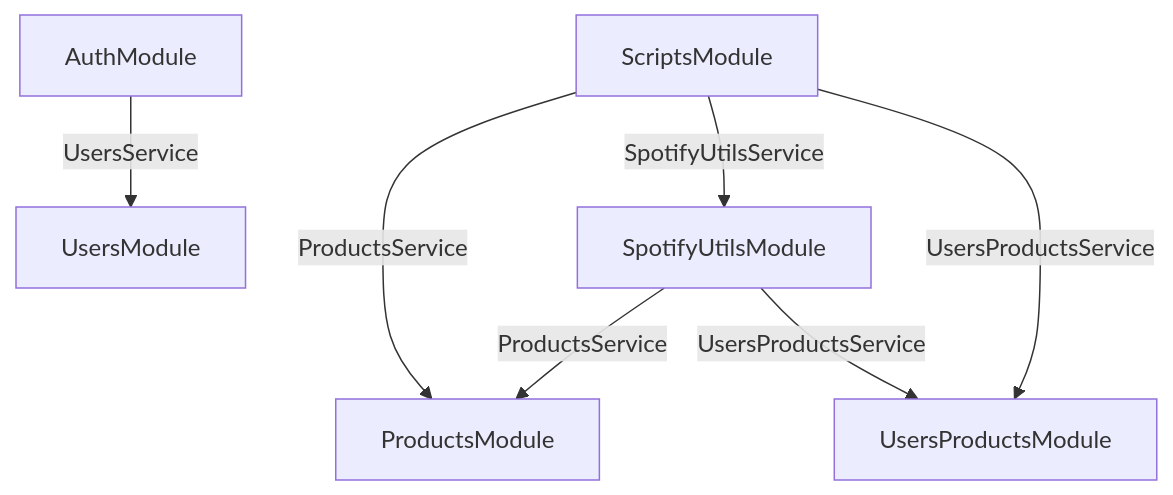
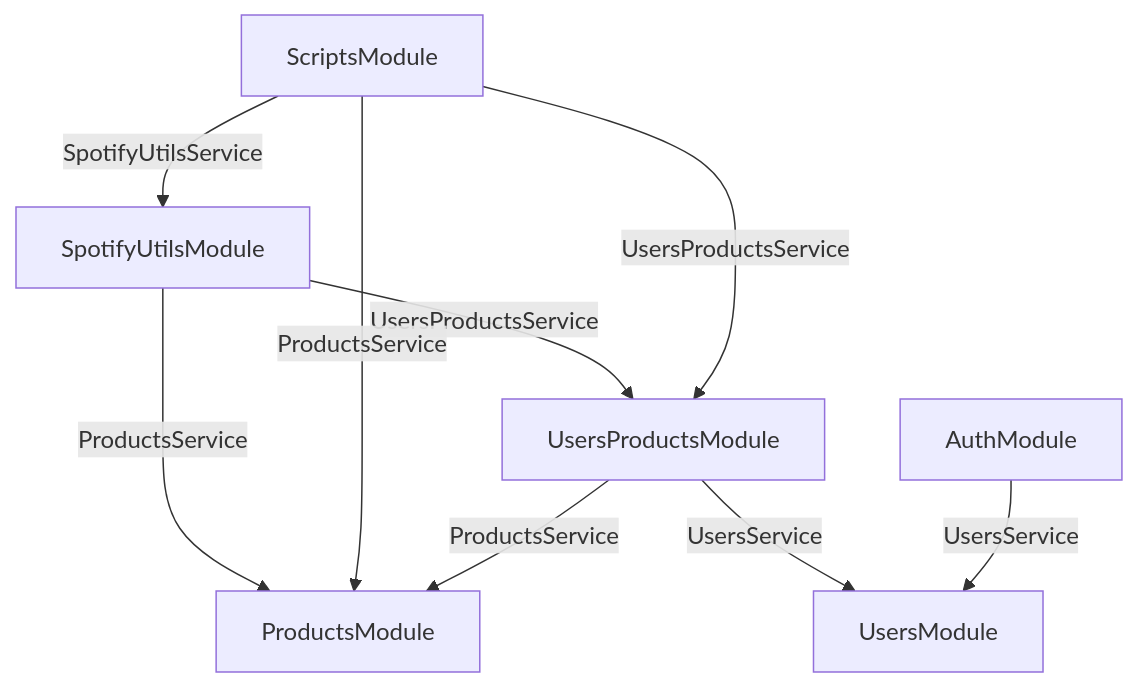
The diagram in README.md (felixmielcarek/fomos), drawn with Mermaid before and after one commit.

Commit message:
Update architecture diagram

````diff
--- a/README.md
+++ b/README.md
@@ -7,18 +7,21 @@
 ```mermaid
 flowchart TD
     E -->|ProductsService| B
     E -->|UsersProductsService| G
 
     D -->|ProductsService| B
     D -->|SpotifyUtilsService| E
     D -->|UsersProductsService| G
+
+    G -->|ProductsService| B
+    G -->|UsersService| F
 
     A -->|UsersService| F
 
     A[AuthModule]
     B[ProductsModule]
     D[ScriptsModule]
     E[SpotifyUtilsModule]
     F[UsersModule]
     G[UsersProductsModule]
 ```
````
